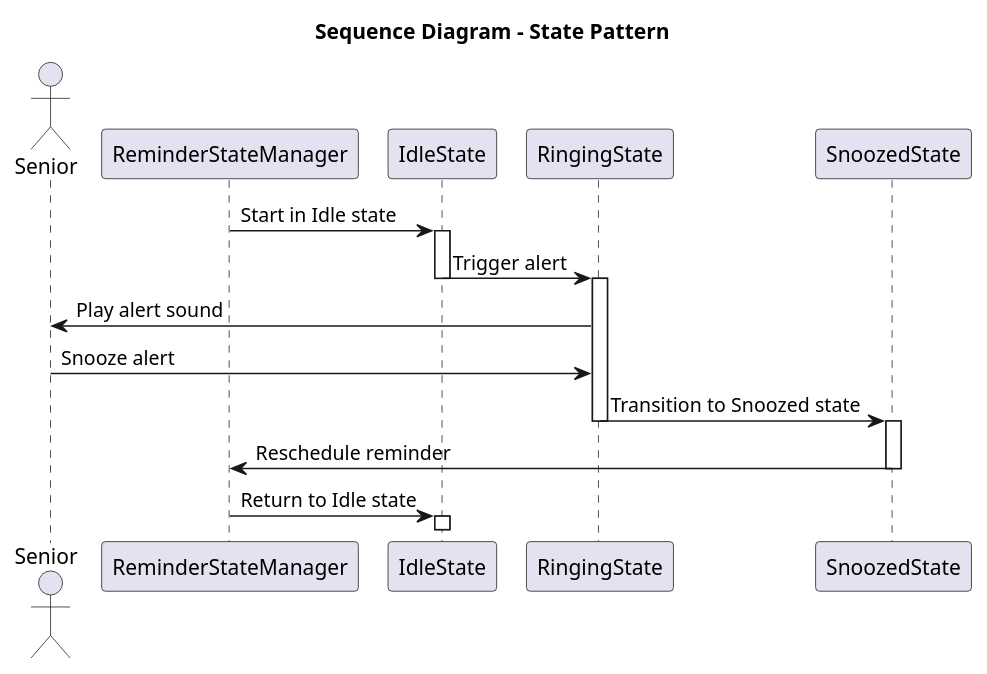
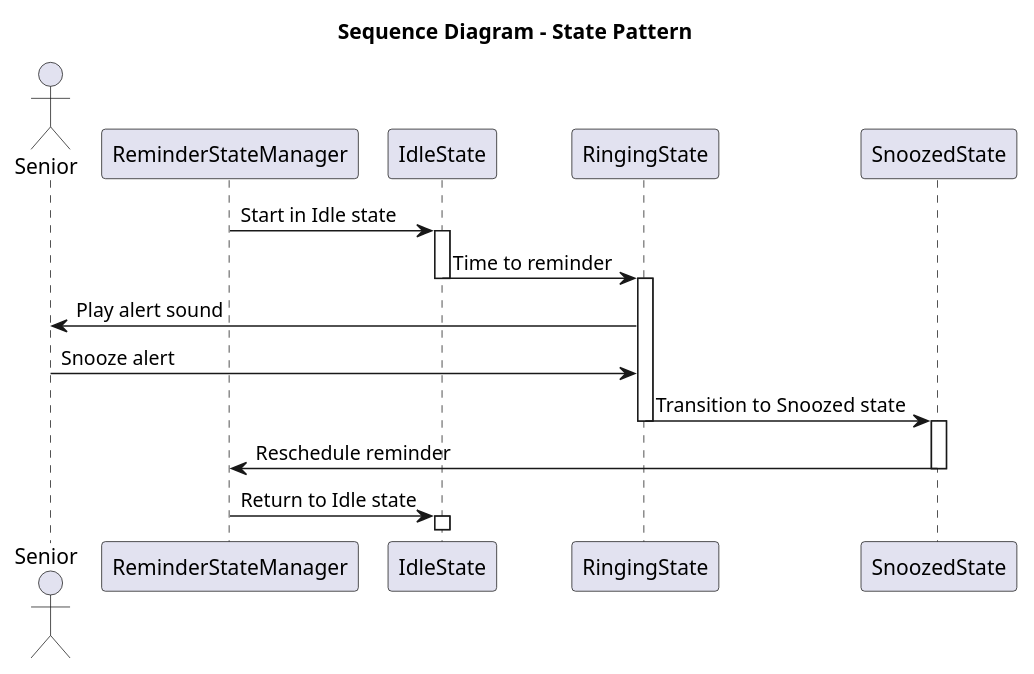
Before and after one commit to lpcthai/CS-5800---Final: the diagram in src/UML Sequence State.puml, drawn with PlantUML.

Commit message:
Update UML Sequence State.puml

```diff
--- a/src/UML Sequence State.puml
+++ b/src/UML Sequence State.puml
@@ -2,28 +2,28 @@
 @startuml
 title Sequence Diagram - State Pattern
 
 
 actor Senior
 participant ReminderStateManager as Manager
 participant IdleState
 participant RingingState
 participant SnoozedState
 
 
 Manager -> IdleState : Start in Idle state
 activate IdleState
-IdleState -> RingingState : Trigger alert
+IdleState -> RingingState : Time to reminder
 deactivate IdleState
 activate RingingState
 RingingState -> Senior : Play alert sound
 Senior -> RingingState : Snooze alert
 RingingState -> SnoozedState : Transition to Snoozed state
 deactivate RingingState
 activate SnoozedState
 SnoozedState -> Manager : Reschedule reminder
 deactivate SnoozedState
 Manager -> IdleState : Return to Idle state
 activate IdleState
 
 
 @enduml
```
